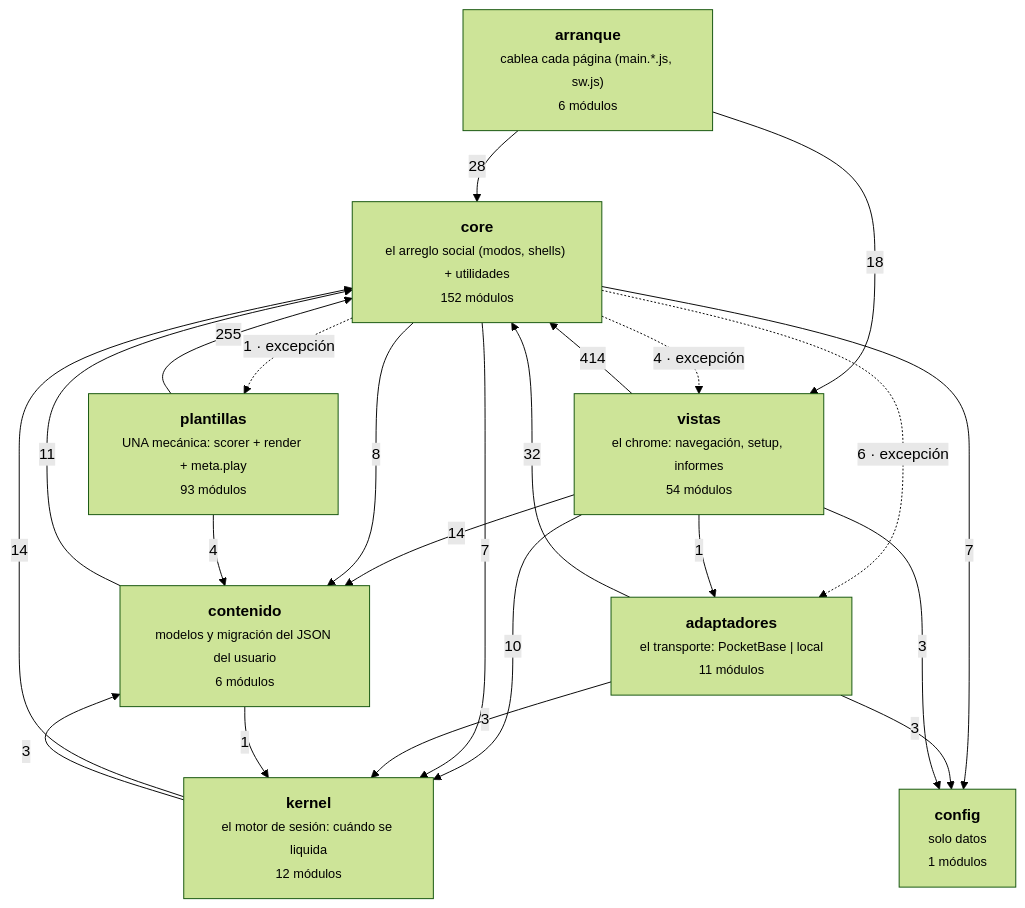
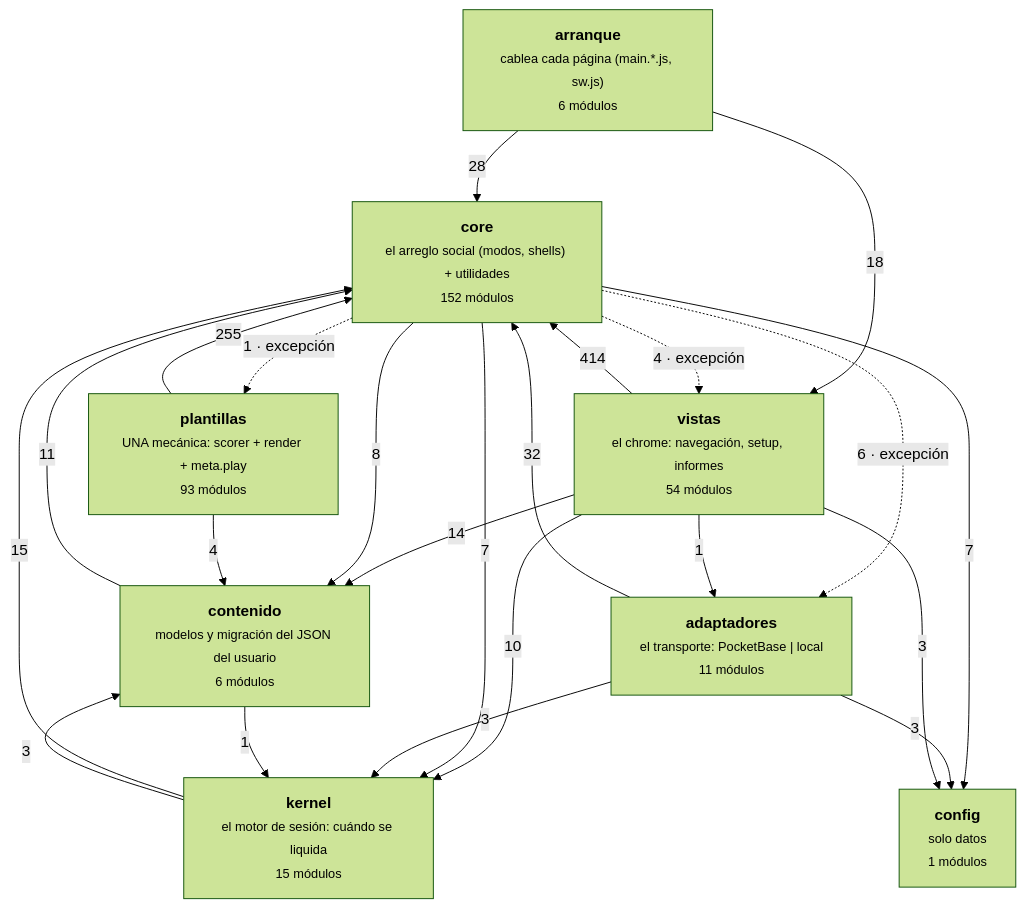
Before and after one commit to duecaz/ac: the diagram in docs/arquitectura-modulos.md, drawn with Mermaid (forest theme). The commit also changed other lines of this file and 15 other files, not shown here.

````diff
--- a/docs/arquitectura-modulos.md
+++ b/docs/arquitectura-modulos.md
@@ -56,33 +56,33 @@
 ```mermaid
 graph TD
   A["<b>arranque</b><br/><small>cablea cada página (main.*.js, sw.js)</small><br/><small>6 módulos</small>"]
   V["<b>vistas</b><br/><small>el chrome: navegación, setup, informes</small><br/><small>54 módulos</small>"]
   AD["<b>adaptadores</b><br/><small>el transporte: PocketBase | local</small><br/><small>11 módulos</small>"]
   C["<b>core</b><br/><small>el arreglo social (modos, shells) + utilidades</small><br/><small>152 módulos</small>"]
-  K["<b>kernel</b><br/><small>el motor de sesión: cuándo se liquida</small><br/><small>12 módulos</small>"]
+  K["<b>kernel</b><br/><small>el motor de sesión: cuándo se liquida</small><br/><small>15 módulos</small>"]
   T["<b>plantillas</b><br/><small>UNA mecánica: scorer + render + meta.play</small><br/><small>93 módulos</small>"]
   CO["<b>contenido</b><br/><small>modelos y migración del JSON del usuario</small><br/><small>6 módulos</small>"]
   CF["<b>config</b><br/><small>solo datos</small><br/><small>1 módulos</small>"]
   V -->|414| C
   T -->|255| C
   AD -->|32| C
   A -->|28| C
   A -->|18| V
-  K -->|14| C
+  K -->|15| C
   V -->|14| CO
   CO -->|11| C
   V -->|10| K
   C -->|8| CO
   C -->|7| K
   C -->|7| CF
   C -.->|6 · excepción| AD
   C -.->|4 · excepción| V
   T -->|4| CO
   AD -->|3| CF
   AD -->|3| K
   K -->|3| CO
   V -->|3| CF
   C -.->|1 · excepción| T
   CO -->|1| K
   V -->|1| AD
 ```
````
